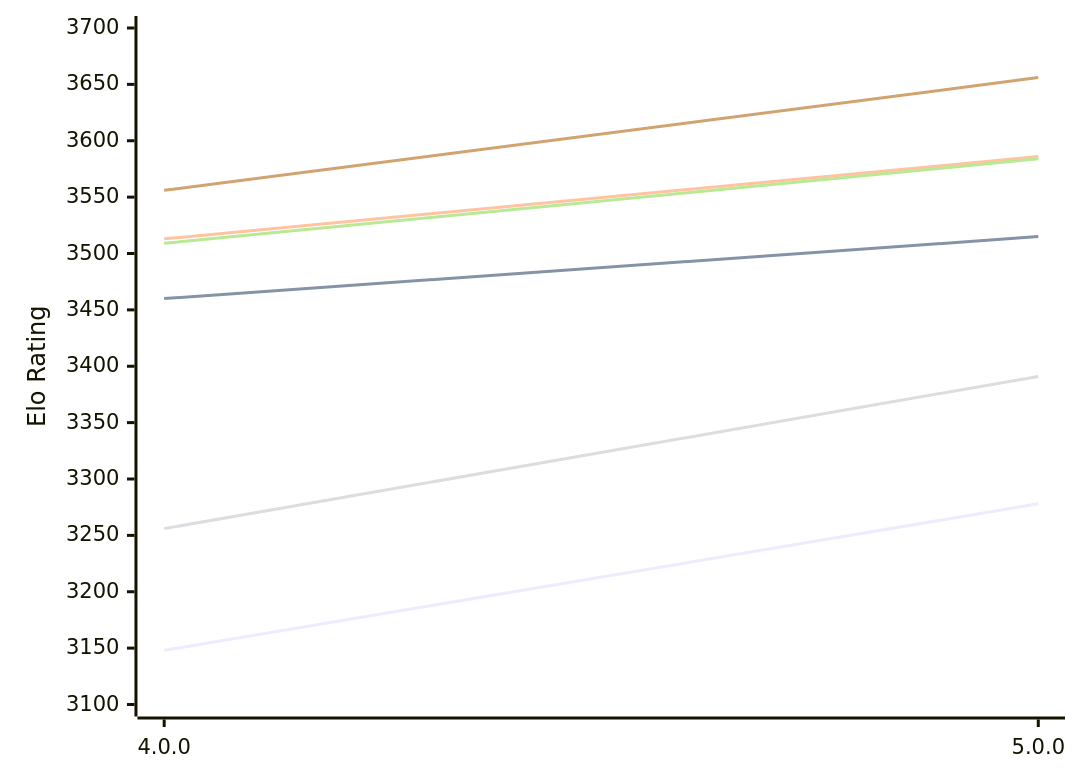
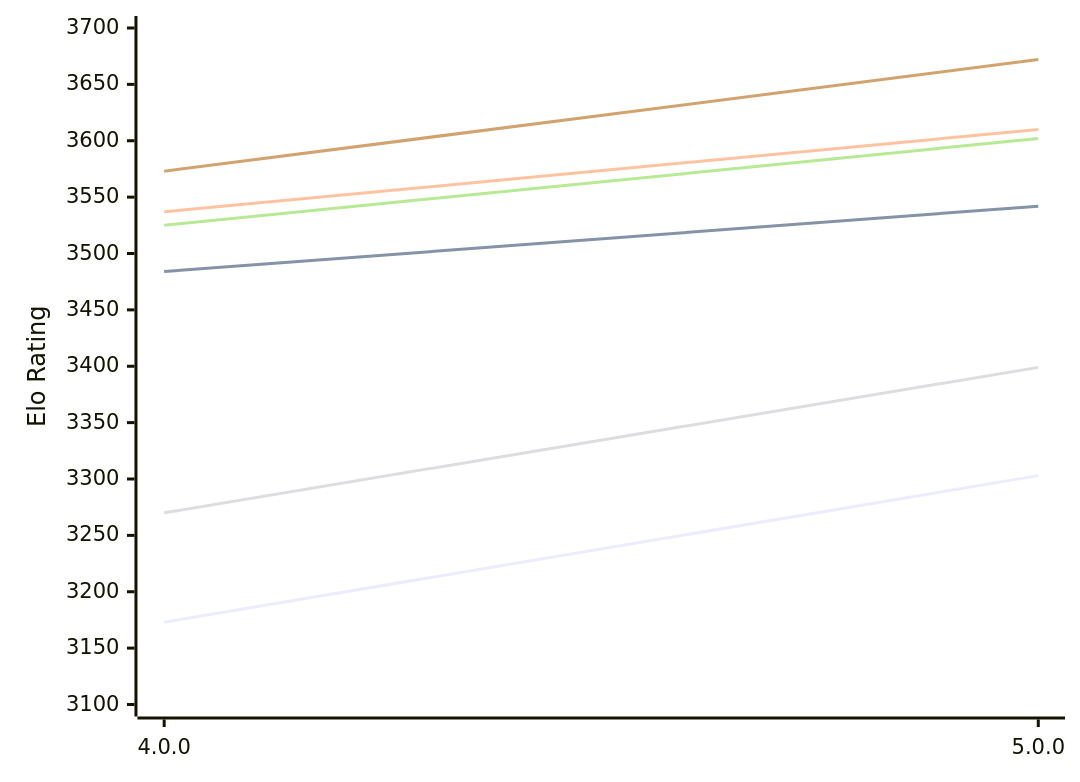
The first of 2 diagrams in engines/Avalanche.md (computer-chess-index/cci), drawn with Mermaid before and after one commit. The commit also changed other lines of this file, not shown here.

Commit message:
Update CCI Ratings (ELO VLTC) - 2026-10-24

````diff
--- a/engines/Avalanche.md
+++ b/engines/Avalanche.md
@@ -50,12 +50,12 @@
 ```mermaid
 %%{init: {"theme":"base","themeVariables":{"seriesColors:['#a3a3a3','#222221','#faa371']}}}%%
 xychart-beta
   x-axis ["4.0.0", "5.0.0"]
   y-axis "Elo Rating" 3100 --> 3700
-  line "E1: STC (8.0+0.08s)" [3148, 3278]
-  line "E1: LTC (60.0+0.60s)" [3460, 3515]
-  line "E1: VLTC (2m24s+1.12s)" [3513, 3586]
-  line "P1: STC (8.0+0.08s)" [3256, 3391]
-  line "P1: LTC (60.0+0.60s)" [3509, 3584]
-  line "P1: VLTC (2m24s+1.12s)" [3556, 3656]
+  line "E1: STC (8.0+0.08s)" [3173, 3303]
+  line "E1: LTC (60.0+0.60s)" [3484, 3542]
+  line "E1: VLTC (2m24s+1.12s)" [3537, 3610]
+  line "P1: STC (8.0+0.08s)" [3270, 3399]
+  line "P1: LTC (60.0+0.60s)" [3525, 3602]
+  line "P1: VLTC (2m24s+1.12s)" [3573, 3672]
 ```
````
